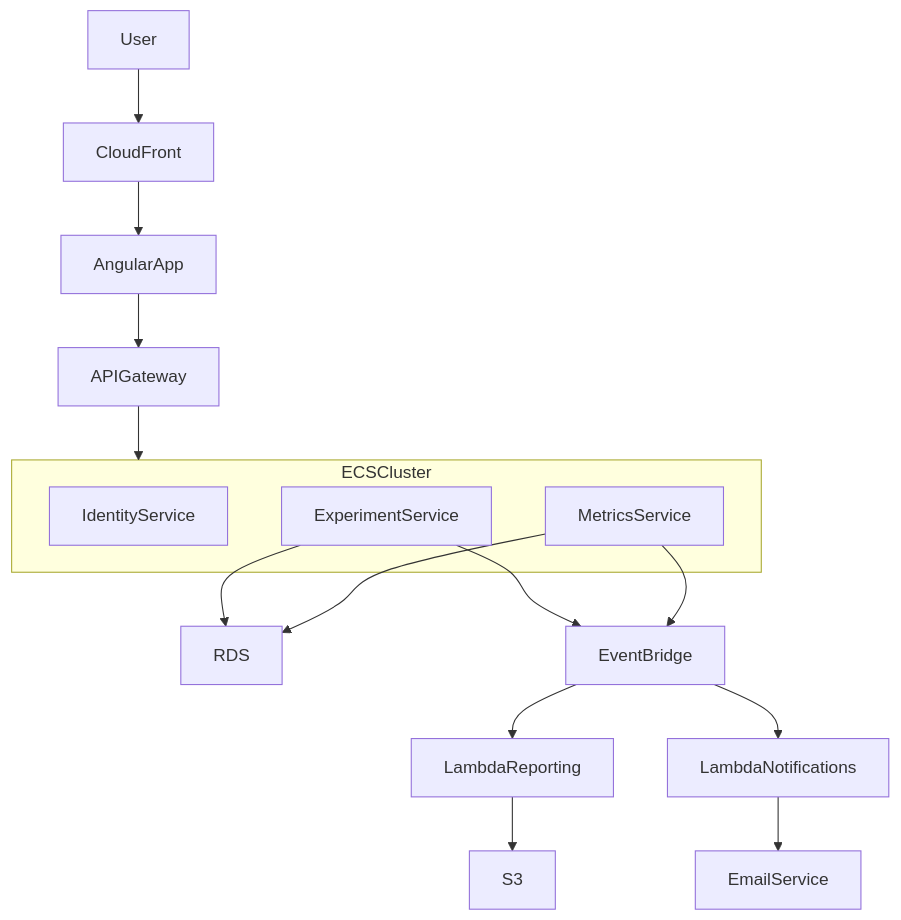
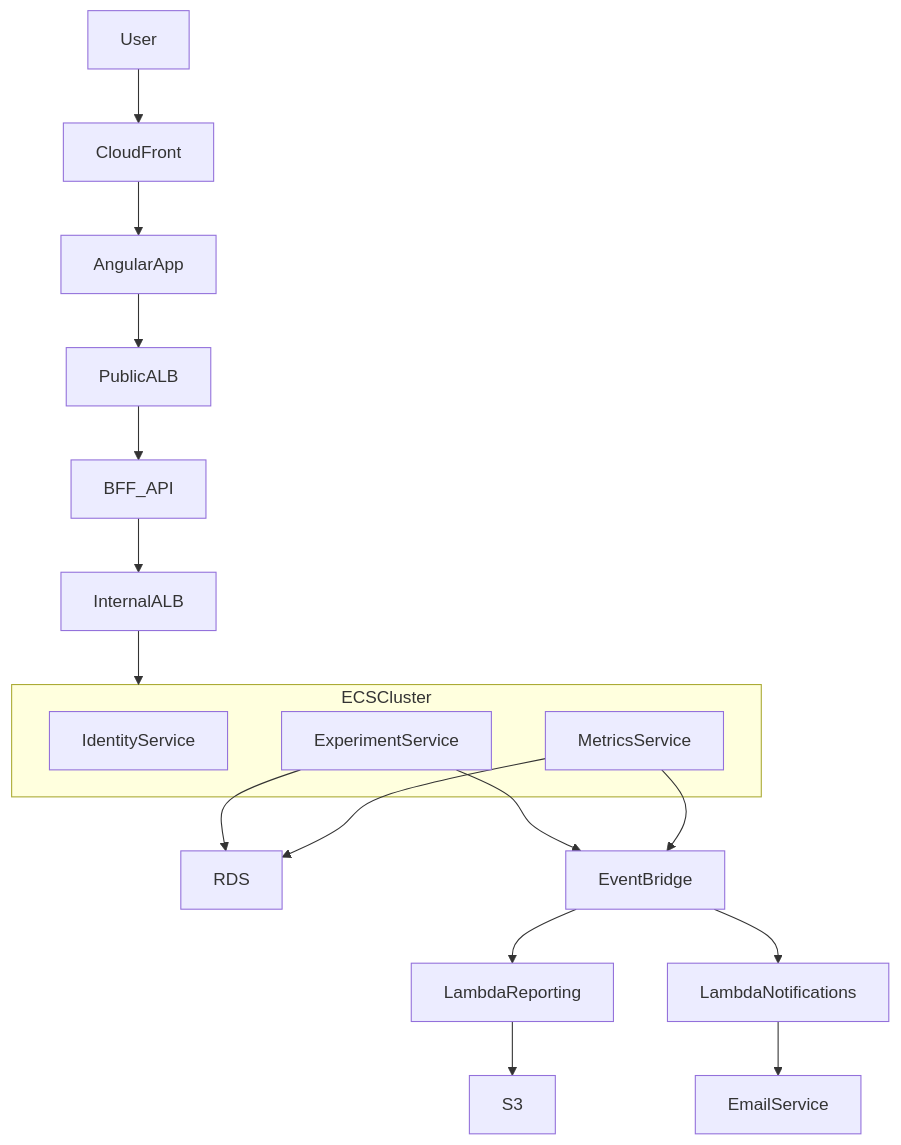
Before and after one commit to ryanwaite28/ai-projects-turaf: the fourth of 5 diagrams in PROJECT.md, drawn with Mermaid. The commit also changed other lines of this file and 91 other files, not shown here.

````diff
--- a/PROJECT.md
+++ b/PROJECT.md
@@ -2291,31 +2293,34 @@
 ```mermaid
 graph TD
 
 User --> CloudFront
 CloudFront --> AngularApp
 
-AngularApp --> APIGateway
+AngularApp --> PublicALB
 
-APIGateway --> ECSCluster
+PublicALB --> BFF_API
+BFF_API --> InternalALB
+
+InternalALB --> ECSCluster
 
 subgraph ECSCluster
 
 IdentityService
 ExperimentService
 MetricsService
 
 end
 
 ExperimentService --> RDS
 MetricsService --> RDS
 
 ExperimentService --> EventBridge
 MetricsService --> EventBridge
 
 EventBridge --> LambdaReporting
 EventBridge --> LambdaNotifications
 
 LambdaReporting --> S3
 
 LambdaNotifications --> EmailService
 ```
````
